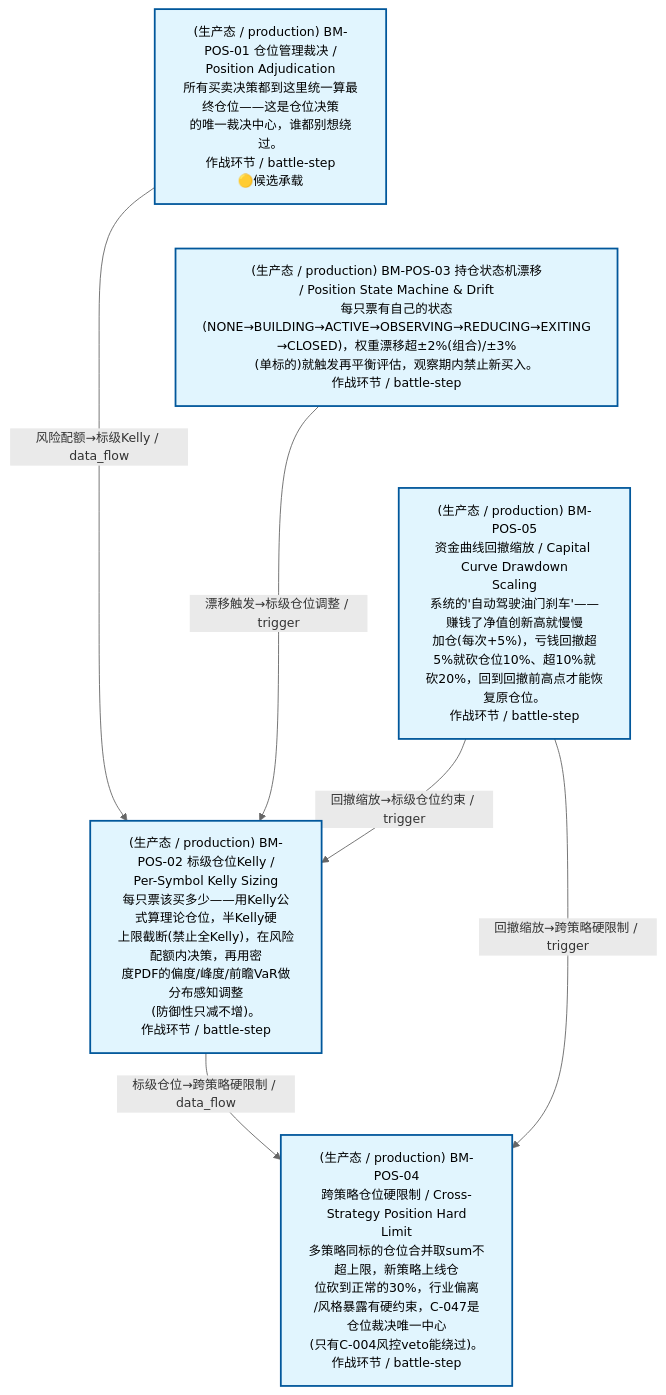
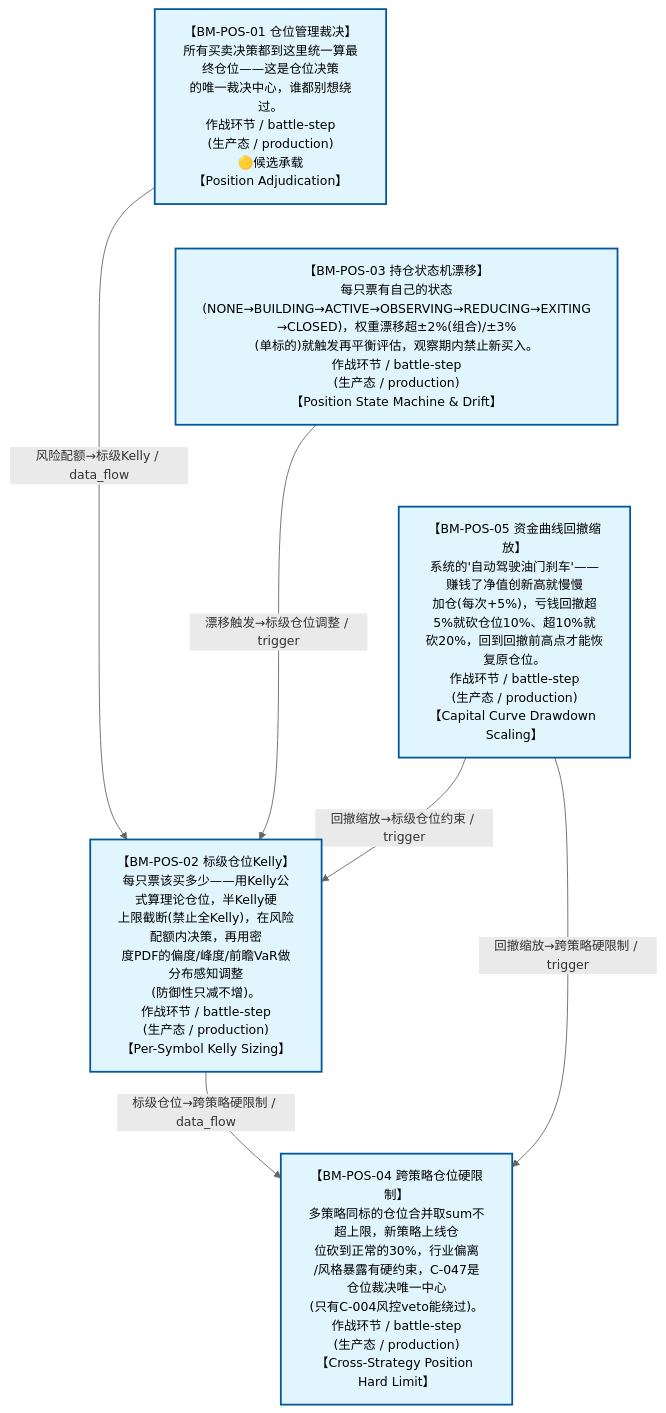
The diagram in docs/02_enterprise_architecture/07_trading_decision_architecture/battle_map/battle_map_04_position_management.md (xuanFelixVan/ZephyrAlpha), drawn with Mermaid before and after one commit. The commit also changed 16 other files, not shown here.

````diff
--- a/docs/02_enterprise_architecture/07_trading_decision_architecture/battle_map/battle_map_04_position_management.md
+++ b/docs/02_enterprise_architecture/07_trading_decision_architecture/battle_map/battle_map_04_position_management.md
@@ -38,22 +38,22 @@
 ```mermaid
 %%{init: {'theme': 'base', 'themeVariables': {'primaryColor': '#eaeaea', 'primaryTextColor': '#333333', 'primaryBorderColor': '#666666', 'lineColor': '#666666', 'secondaryColor': '#eaeaea', 'tertiaryColor': '#eaeaea', 'clusterBkg': 'transparent', 'clusterBorder': 'transparent', 'fontSize': '14px'}}}%%
 %% 仓位阶段图
 flowchart TD
-    BM_POS_01["(生产态 / production) BM-POS-01 仓位管理裁决 /<br/>Position Adjudication<br/>所有买卖决策都到这里统一算最终仓位——这是仓位决策<br/>的唯一裁决中心，谁都别想绕过。<br/>作战环节 / battle-step<br/>🟡候选承载"]
-    BM_POS_02["(生产态 / production) BM-POS-02 标级仓位Kelly /<br/>Per-Symbol Kelly Sizing<br/>每只票该买多少——用Kelly公式算理论仓位，半Kelly硬<br/>上限截断(禁止全Kelly)，在风险配额内决策，再用密<br/>度PDF的偏度/峰度/前瞻VaR做分布感知调整<br/>(防御性只减不增)。<br/>作战环节 / battle-step"]
-    BM_POS_03["(生产态 / production) BM-POS-03 持仓状态机漂移<br/>/ Position State Machine &amp; Drift<br/>每只票有自己的状态<br/>(NONE→BUILDING→ACTIVE→OBSERVING→REDUCING→EXITING<br/>→CLOSED)，权重漂移超±2%(组合)/±3%<br/>(单标的)就触发再平衡评估，观察期内禁止新买入。<br/>作战环节 / battle-step"]
-    BM_POS_04["(生产态 / production) BM-POS-04<br/>跨策略仓位硬限制 / Cross-Strategy Position Hard<br/>Limit<br/>多策略同标的仓位合并取sum不超上限，新策略上线仓<br/>位砍到正常的30%，行业偏离<br/>/风格暴露有硬约束，C-047是仓位裁决唯一中心<br/>(只有C-004风控veto能绕过)。<br/>作战环节 / battle-step"]
-    BM_POS_05["(生产态 / production) BM-POS-05<br/>资金曲线回撤缩放 / Capital Curve Drawdown<br/>Scaling<br/>系统的'自动驾驶油门刹车'——赚钱了净值创新高就慢慢<br/>加仓(每次+5%)，亏钱回撤超5%就砍仓位10%、超10%就<br/>砍20%，回到回撤前高点才能恢复原仓位。<br/>作战环节 / battle-step"]
+    BM_POS_01["【BM-POS-01 仓位管理裁决】<br/>所有买卖决策都到这里统一算最终仓位——这是仓位决策<br/>的唯一裁决中心，谁都别想绕过。<br/>作战环节 / battle-step<br/>(生产态 / production)<br/>🟡候选承载<br/>【Position Adjudication】"]
+    BM_POS_02["【BM-POS-02 标级仓位Kelly】<br/>每只票该买多少——用Kelly公式算理论仓位，半Kelly硬<br/>上限截断(禁止全Kelly)，在风险配额内决策，再用密<br/>度PDF的偏度/峰度/前瞻VaR做分布感知调整<br/>(防御性只减不增)。<br/>作战环节 / battle-step<br/>(生产态 / production)<br/>【Per-Symbol Kelly Sizing】"]
+    BM_POS_03["【BM-POS-03 持仓状态机漂移】<br/>每只票有自己的状态<br/>(NONE→BUILDING→ACTIVE→OBSERVING→REDUCING→EXITING<br/>→CLOSED)，权重漂移超±2%(组合)/±3%<br/>(单标的)就触发再平衡评估，观察期内禁止新买入。<br/>作战环节 / battle-step<br/>(生产态 / production)<br/>【Position State Machine &amp; Drift】"]
+    BM_POS_04["【BM-POS-04 跨策略仓位硬限制】<br/>多策略同标的仓位合并取sum不超上限，新策略上线仓<br/>位砍到正常的30%，行业偏离<br/>/风格暴露有硬约束，C-047是仓位裁决唯一中心<br/>(只有C-004风控veto能绕过)。<br/>作战环节 / battle-step<br/>(生产态 / production)<br/>【Cross-Strategy Position Hard Limit】"]
+    BM_POS_05["【BM-POS-05 资金曲线回撤缩放】<br/>系统的'自动驾驶油门刹车'——赚钱了净值创新高就慢慢<br/>加仓(每次+5%)，亏钱回撤超5%就砍仓位10%、超10%就<br/>砍20%，回到回撤前高点才能恢复原仓位。<br/>作战环节 / battle-step<br/>(生产态 / production)<br/>【Capital Curve Drawdown Scaling】"]
     BM_POS_01 ~~~ BM_POS_03 ~~~ BM_POS_05
     BM_POS_01 -->|风险配额→标级Kelly / data_flow| BM_POS_02
     BM_POS_02 -->|标级仓位→跨策略硬限制 / data_flow| BM_POS_04
     BM_POS_03 -->|漂移触发→标级仓位调整 / trigger| BM_POS_02
     BM_POS_05 -->|回撤缩放→标级仓位约束 / trigger| BM_POS_02
     BM_POS_05 -->|回撤缩放→跨策略硬限制 / trigger| BM_POS_04
 classDef production fill:#e1f5fe,stroke:#01579b,stroke-width:2px,color:#000
 classDef design fill:#fff3e0,stroke:#e65100,stroke-width:2px,color:#000,stroke-dasharray: 5 5
 classDef deprecated fill:#ffebee,stroke:#c62828,stroke-width:2px,color:#000
 classDef missing fill:#eeeeee,stroke:#9e9e9e,stroke-width:2px,color:#000
 classDef candidate fill:#fffde7,stroke:#f9a825,stroke-width:2px,color:#000,stroke-dasharray: 5 5
     class BM_POS_01,BM_POS_02,BM_POS_03,BM_POS_04,BM_POS_05 production
 ```
````
